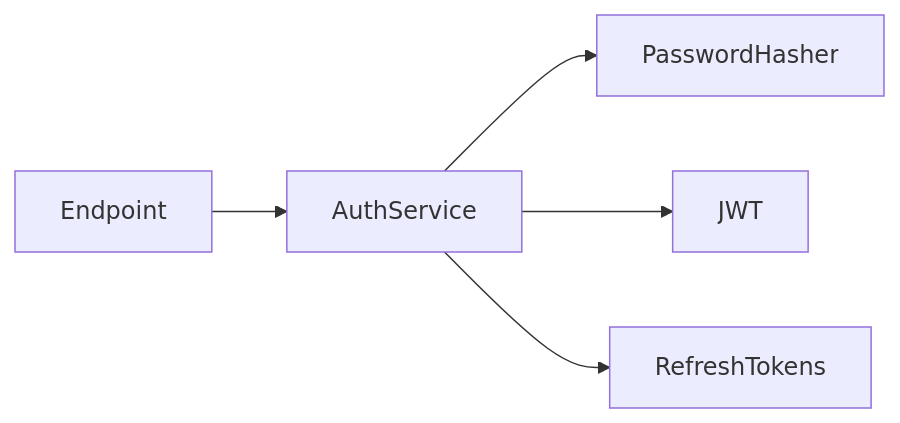
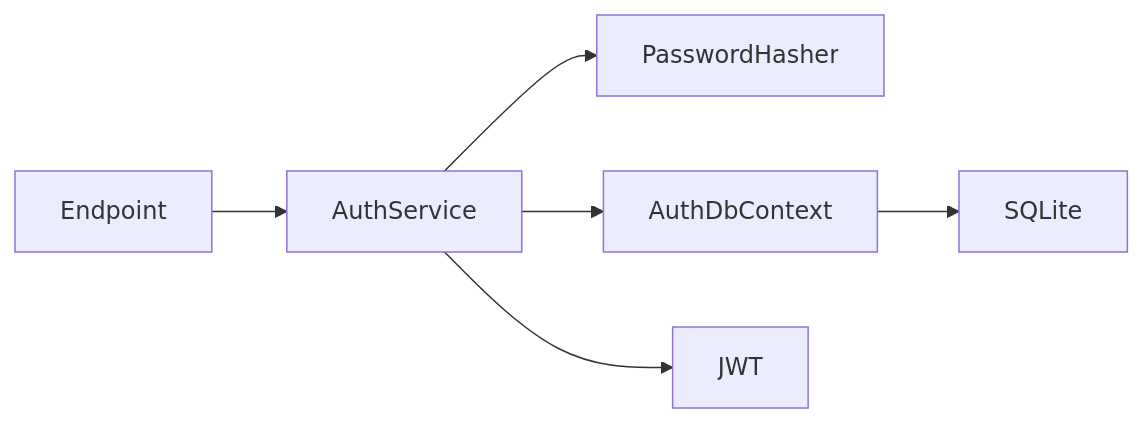
The third of 3 diagrams in docs/architecture.md (Dedmoo/banking-auth-service), drawn with Mermaid before and after one commit. The commit also changed other lines of this file and 18 other files, not shown here.

Commit message:
feat: durable SQLite auth store, Docker, CI, persistence tests

````diff
--- a/docs/architecture.md
+++ b/docs/architecture.md
@@ -16,6 +18,6 @@
 ```mermaid
 flowchart LR
   Endpoint --> AuthService --> PasswordHasher
+  AuthService --> AuthDbContext --> SQLite
   AuthService --> JWT
-  AuthService --> RefreshTokens
 ```
````
